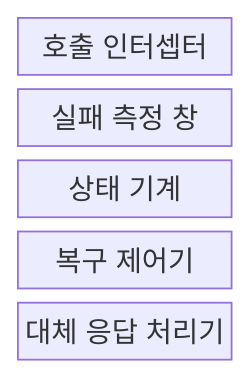
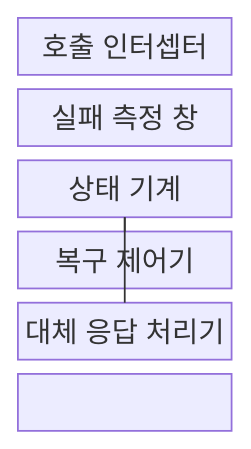
Before and after one commit to agnusdei1207/knowledge-base: the first of 2 diagrams in src/content/docs/notes/03-software/041_circuit_breaker_pattern.md, drawn with Mermaid. The commit also changed other lines of this file and 238 other files, not shown here.

````diff
--- a/src/content/docs/notes/03-software/041_circuit_breaker_pattern.md
+++ b/src/content/docs/notes/03-software/041_circuit_breaker_pattern.md
@@ -63,9 +63,12 @@
 ```mermaid
-block
+block-beta
   columns 1
   I["호출 인터셉터"]
   W["실패 측정 창"]
   S["상태 기계"]
   R["복구 제어기"]
   F["대체 응답 처리기"]
+  I --- W --- S
+  S --- R
+  S --- F
 ```
````
